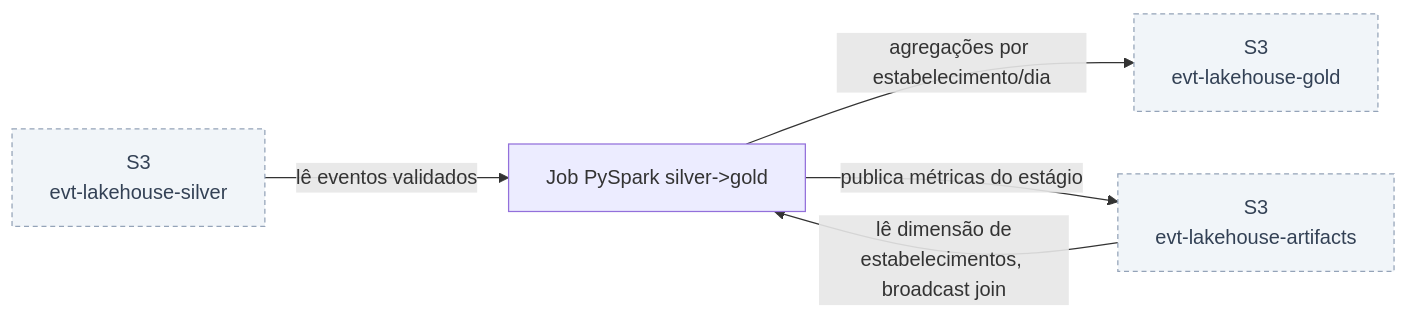
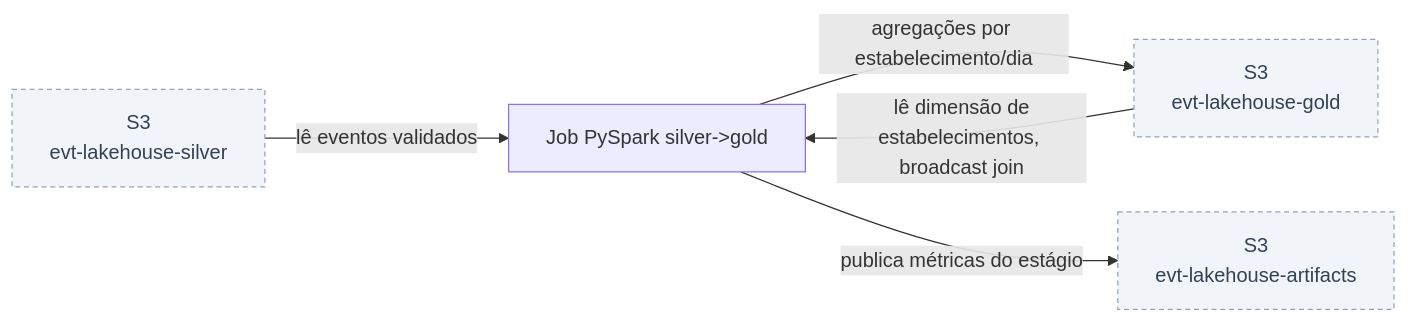
The sixth of 8 diagrams in README.md (carlosr-data2/lakehouse-de-eventos-de-pagamento-com-contrato-de-dados), drawn with Mermaid before and after one commit. The commit also changed other lines of this file, not shown here.

````diff
--- a/README.md
+++ b/README.md
@@ -1762,14 +1764,14 @@
 ```mermaid
 flowchart LR
     silver["S3<br/>evt-lakehouse-silver"]
     artifacts["S3<br/>evt-lakehouse-artifacts"]
     job2["Job PySpark silver->gold"]
     gold["S3<br/>evt-lakehouse-gold"]
     silver -->|lê eventos validados| job2
-    artifacts -->|lê dimensão de<br/>estabelecimentos, broadcast join| job2
+    gold -->|lê dimensão de<br/>estabelecimentos, broadcast join| job2
     job2 -->|agregações por estabelecimento/dia| gold
     job2 -->|publica métricas do estágio| artifacts
     classDef novo fill:#dbeafe,stroke:#1d4ed8,stroke-width:2px,color:#1e3a5f
     classDef existente fill:#f1f5f9,stroke:#94a3b8,stroke-width:1px,stroke-dasharray:4 3,color:#334155
     class silver,artifacts,gold existente
 ```
````
